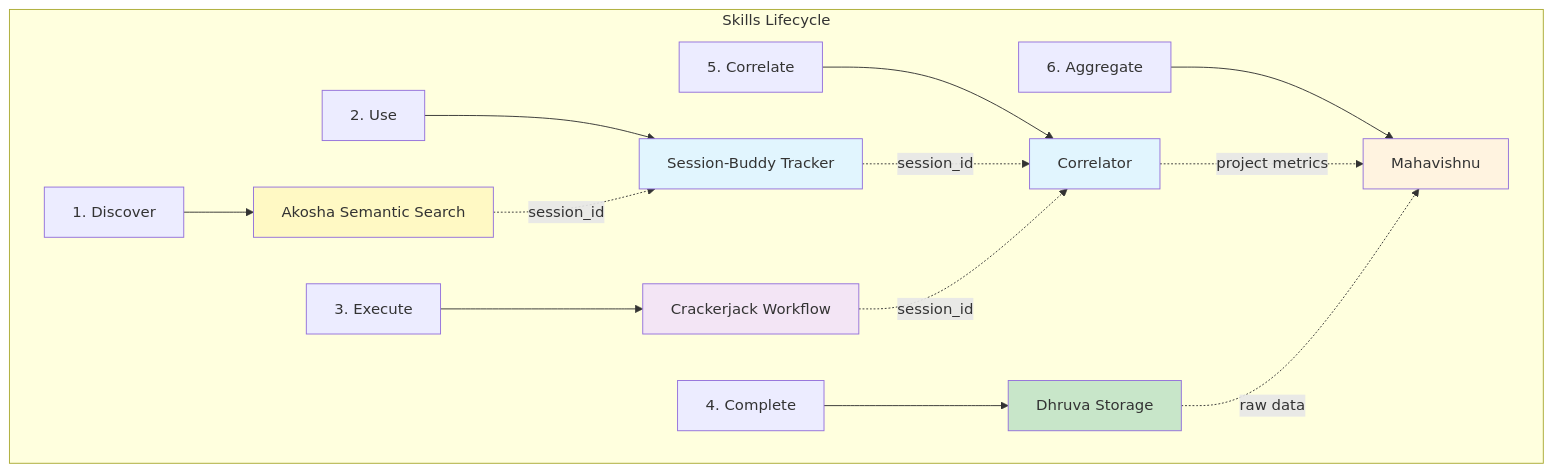
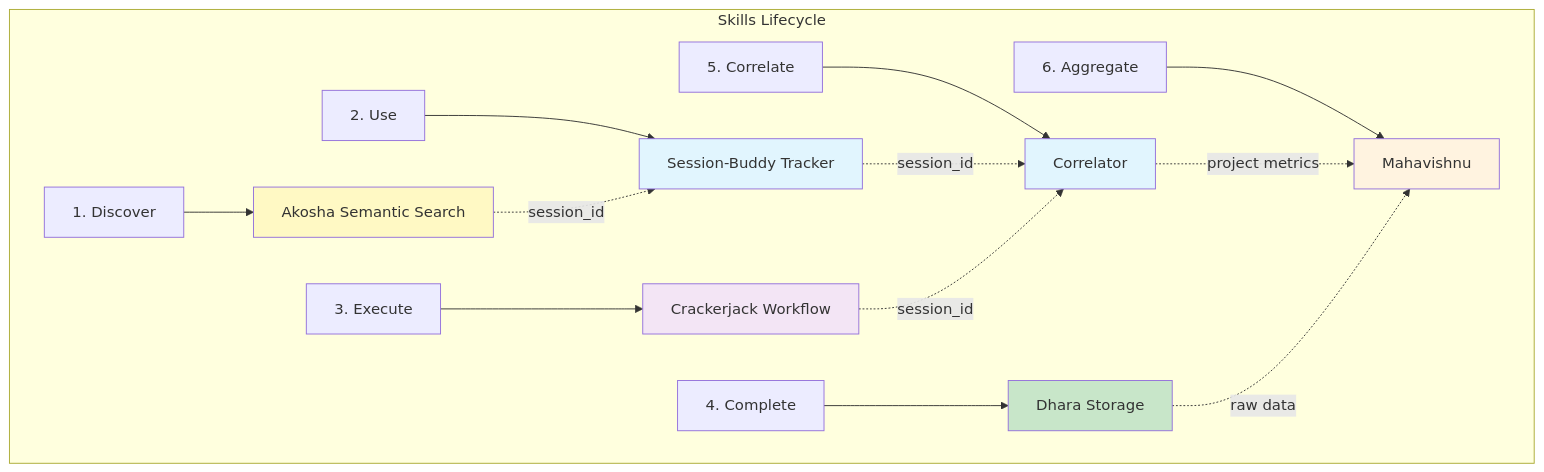
One commit to lesleslie/crackerjack changed the fourth of 4 diagrams in docs/diagrams/skills-ecosystem-mermaid.md. Above: the diagram before and after it, drawn with Mermaid. The commit also changed other lines of this file and 36 other files, not shown here.

````diff
--- a/docs/diagrams/skills-ecosystem-mermaid.md
+++ b/docs/diagrams/skills-ecosystem-mermaid.md
@@ -134,24 +134,24 @@
 ```mermaid
 graph TB
     subgraph "Skills Lifecycle"
         A[1. Discover] --> AS[Akosha Semantic Search]
         B[2. Use] --> ST[Session-Buddy Tracker]
         C[3. Execute] --> CW[Crackerjack Workflow]
-        D[4. Complete] --> SS[Dhruva Storage]
+        D[4. Complete] --> SS[Dhara Storage]
         E[5. Correlate] --> SC[Correlator]
         F[6. Aggregate] --> MA[Mahavishnu]
     end
 
     AS -.->|session_id| ST
     ST -.->|session_id| SC
     CW -.->|session_id| SC
     SC -.->|project metrics| MA
     SS -.->|raw data| MA
 
     style AS fill:#fff9c4
     style ST fill:#e1f5fe
     style CW fill:#f3e5f5
     style SS fill:#c8e6c9
     style SC fill:#e1f5fe
     style MA fill:#fff3e0
 ```
````
